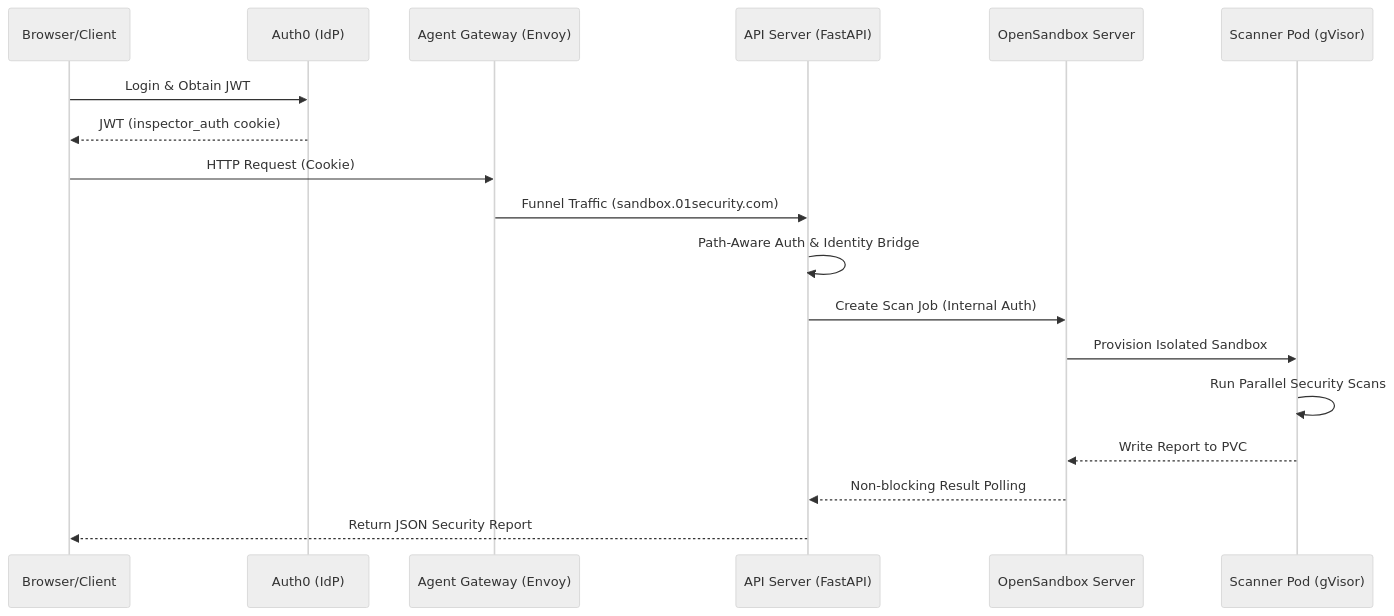
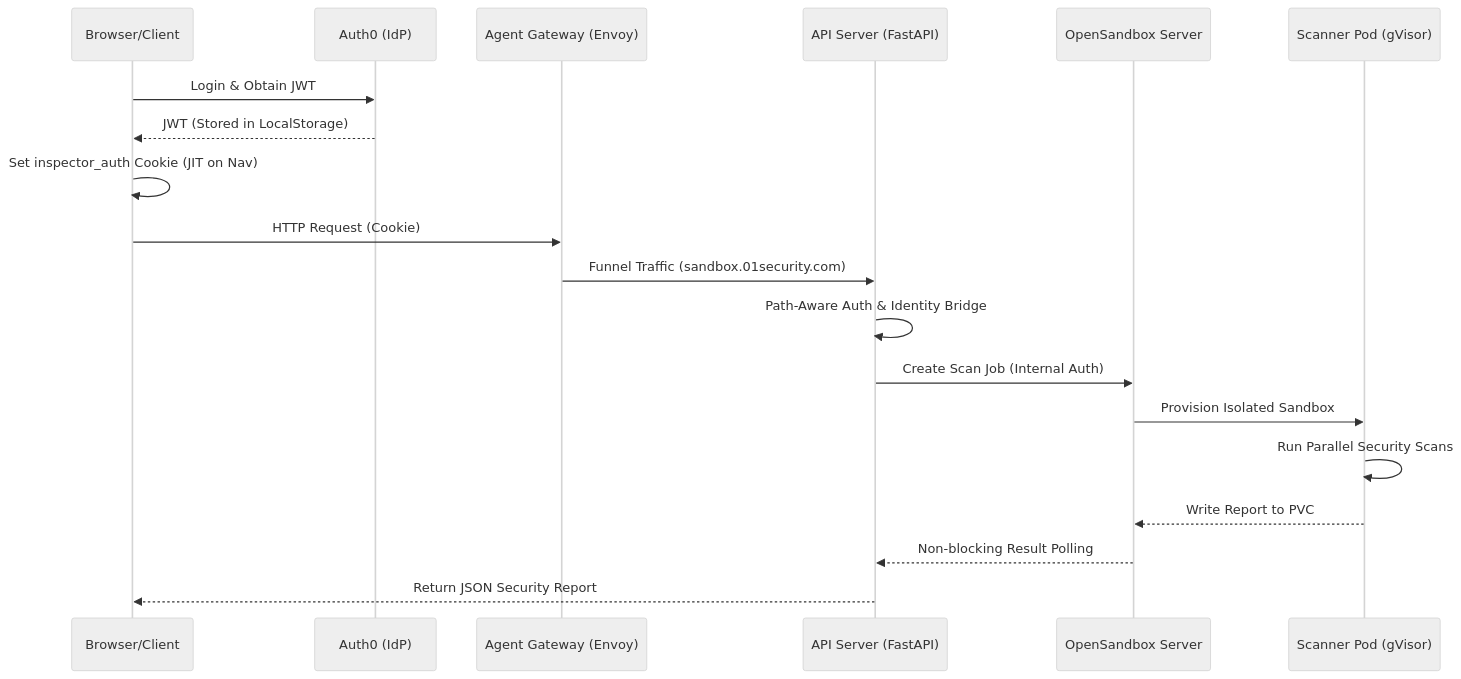
Before and after one commit to 01cloud/01-Sandbox: the diagram in docs/technicalprocessguid.md, drawn with Mermaid (neutral theme). The commit also changed other lines of this file, not shown here.

````diff
--- a/docs/technicalprocessguid.md
+++ b/docs/technicalprocessguid.md
@@ -9,21 +9,22 @@
 ```mermaid
 sequenceDiagram
     participant User as Browser/Client
     participant Auth0 as Auth0 (IdP)
     participant GW as Agent Gateway (Envoy)
     participant API as API Server (FastAPI)
     participant OSS as OpenSandbox Server
     participant POD as Scanner Pod (gVisor)
 
     User->>Auth0: Login & Obtain JWT
-    Auth0-->>User: JWT (inspector_auth cookie)
+    Auth0-->>User: JWT (Stored in LocalStorage)
+    User->>User: Set inspector_auth Cookie (JIT on Nav)
     User->>GW: HTTP Request (Cookie)
     GW->>API: Funnel Traffic (sandbox.01security.com)
     API->>API: Path-Aware Auth & Identity Bridge
     API->>OSS: Create Scan Job (Internal Auth)
     OSS->>POD: Provision Isolated Sandbox
     POD->>POD: Run Parallel Security Scans
     POD-->>OSS: Write Report to PVC
     OSS-->>API: Non-blocking Result Polling
     API-->>User: Return JSON Security Report
 ```
````
